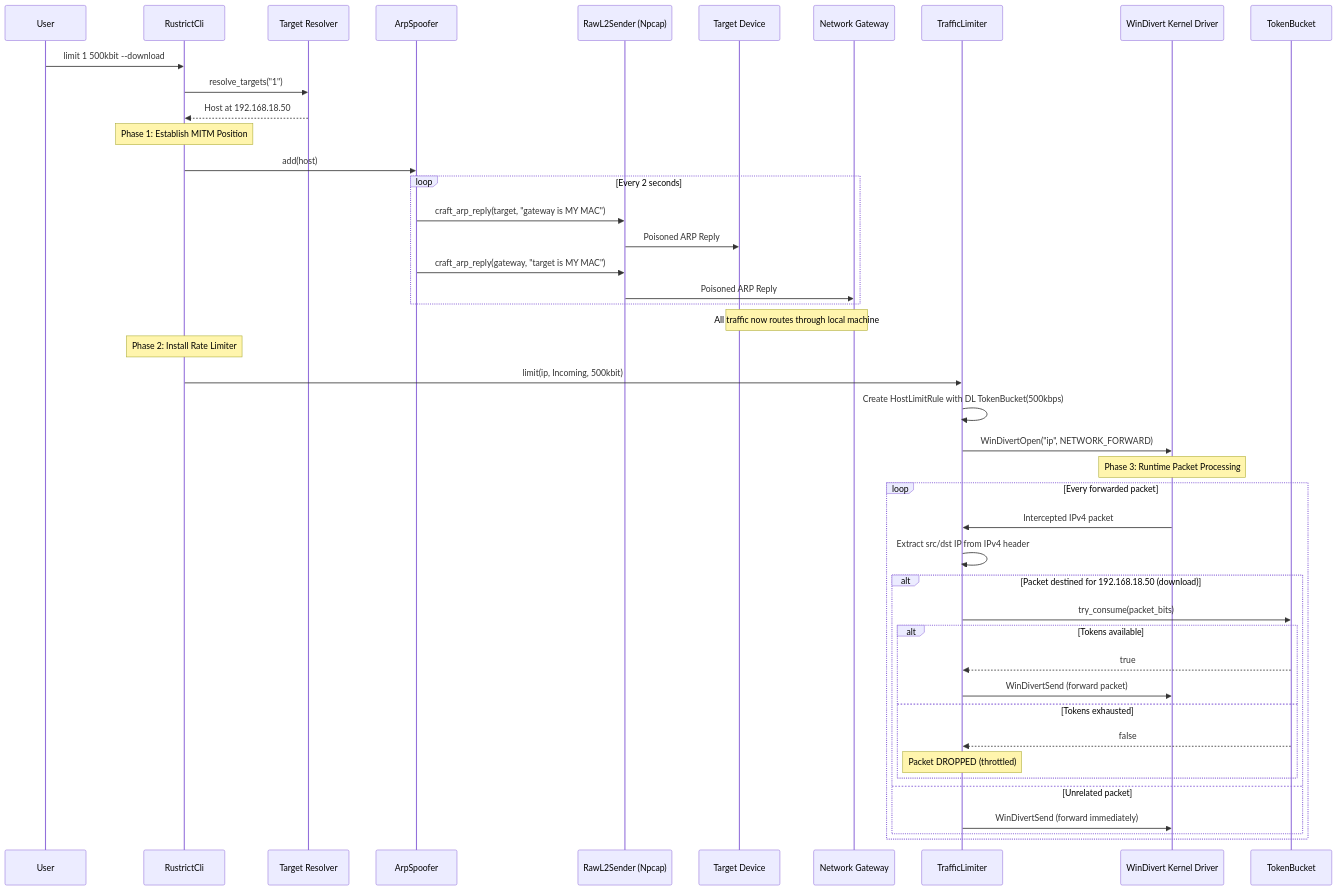
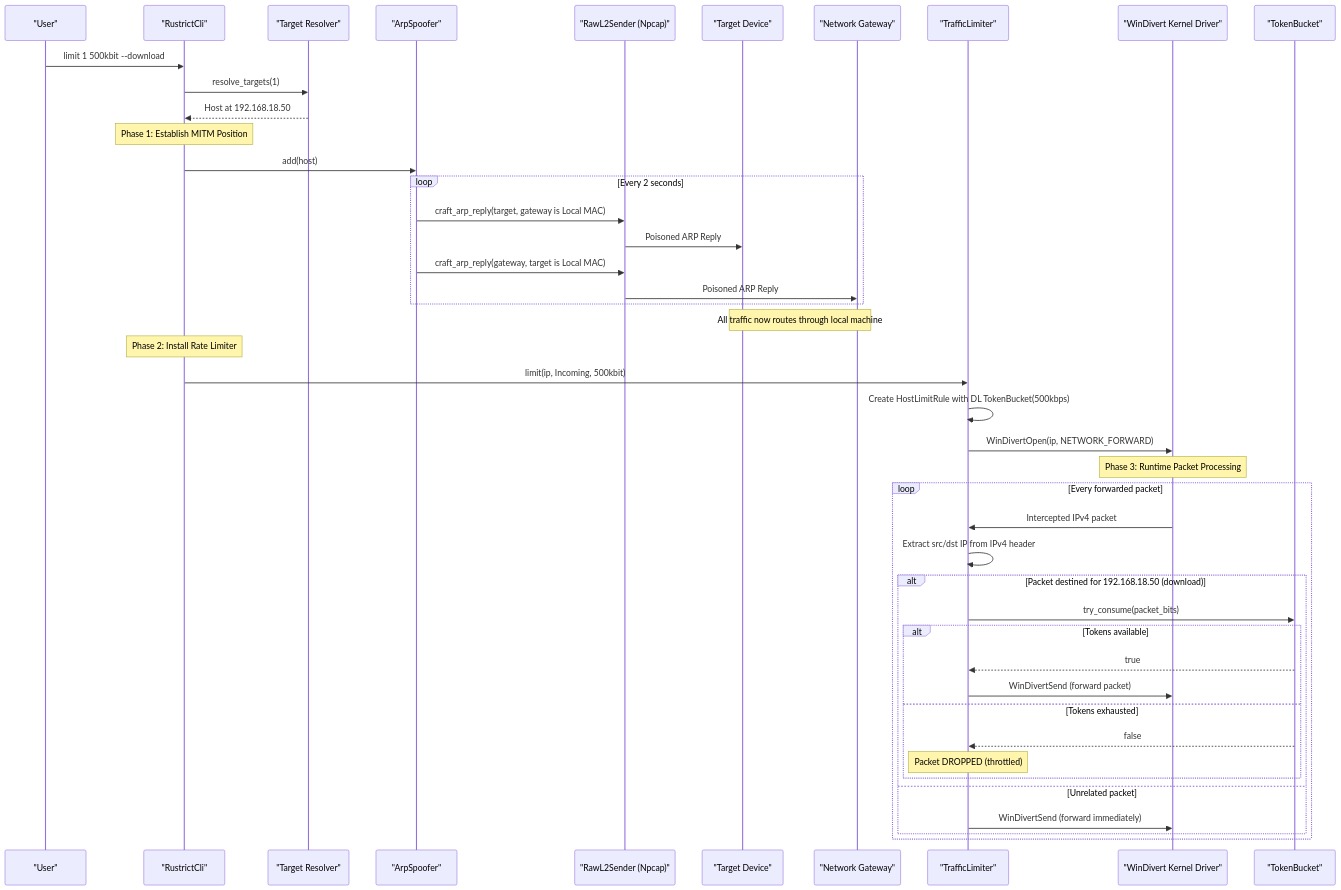
Before and after one commit to Neutron-0/Rustrict: diagram 13 of 14 in README.md, drawn with Mermaid. The commit also changed other lines of this file and 1 other file, not shown here.

First line of the commit message:
docs(readme,changelog): fix Mermaid diagram syntax and document L2 blackholing

````diff
--- a/README.md
+++ b/README.md
@@ -721,50 +719,50 @@
 ```mermaid
 sequenceDiagram
-    participant User as User
-    participant CLI as RustrictCli
-    participant Resolve as Target Resolver
-    participant Spoofer as ArpSpoofer
-    participant L2 as RawL2Sender (Npcap)
-    participant Target as Target Device
-    participant Gateway as Network Gateway
-    participant Limiter as TrafficLimiter
-    participant WD as WinDivert Kernel Driver
-    participant TB as TokenBucket
+    participant User as "User"
+    participant CLI as "RustrictCli"
+    participant Resolve as "Target Resolver"
+    participant Spoofer as "ArpSpoofer"
+    participant L2 as "RawL2Sender (Npcap)"
+    participant Target as "Target Device"
+    participant Gateway as "Network Gateway"
+    participant Limiter as "TrafficLimiter"
+    participant WD as "WinDivert Kernel Driver"
+    participant TB as "TokenBucket"
 
     User->>CLI: limit 1 500kbit --download
-    CLI->>Resolve: resolve_targets("1")
+    CLI->>Resolve: resolve_targets(1)
     Resolve-->>CLI: Host at 192.168.18.50
 
     Note over CLI: Phase 1: Establish MITM Position
     CLI->>Spoofer: add(host)
     loop Every 2 seconds
-        Spoofer->>L2: craft_arp_reply(target, "gateway is MY MAC")
+        Spoofer->>L2: craft_arp_reply(target, gateway is Local MAC)
         L2->>Target: Poisoned ARP Reply
-        Spoofer->>L2: craft_arp_reply(gateway, "target is MY MAC")
+        Spoofer->>L2: craft_arp_reply(gateway, target is Local MAC)
         L2->>Gateway: Poisoned ARP Reply
     end
-    Note over Target,Gateway: All traffic now routes through local machine
+    Note over Target, Gateway: All traffic now routes through local machine
 
     Note over CLI: Phase 2: Install Rate Limiter
     CLI->>Limiter: limit(ip, Incoming, 500kbit)
     Limiter->>Limiter: Create HostLimitRule with DL TokenBucket(500kbps)
-    Limiter->>WD: WinDivertOpen("ip", NETWORK_FORWARD)
+    Limiter->>WD: WinDivertOpen(ip, NETWORK_FORWARD)
 
     Note over WD: Phase 3: Runtime Packet Processing
     loop Every forwarded packet
         WD->>Limiter: Intercepted IPv4 packet
         Limiter->>Limiter: Extract src/dst IP from IPv4 header
         alt Packet destined for 192.168.18.50 (download)
             Limiter->>TB: try_consume(packet_bits)
             alt Tokens available
                 TB-->>Limiter: true
                 Limiter->>WD: WinDivertSend (forward packet)
             else Tokens exhausted
                 TB-->>Limiter: false
                 Note over Limiter: Packet DROPPED (throttled)
             end
         else Unrelated packet
             Limiter->>WD: WinDivertSend (forward immediately)
         end
     end
 ```
````
